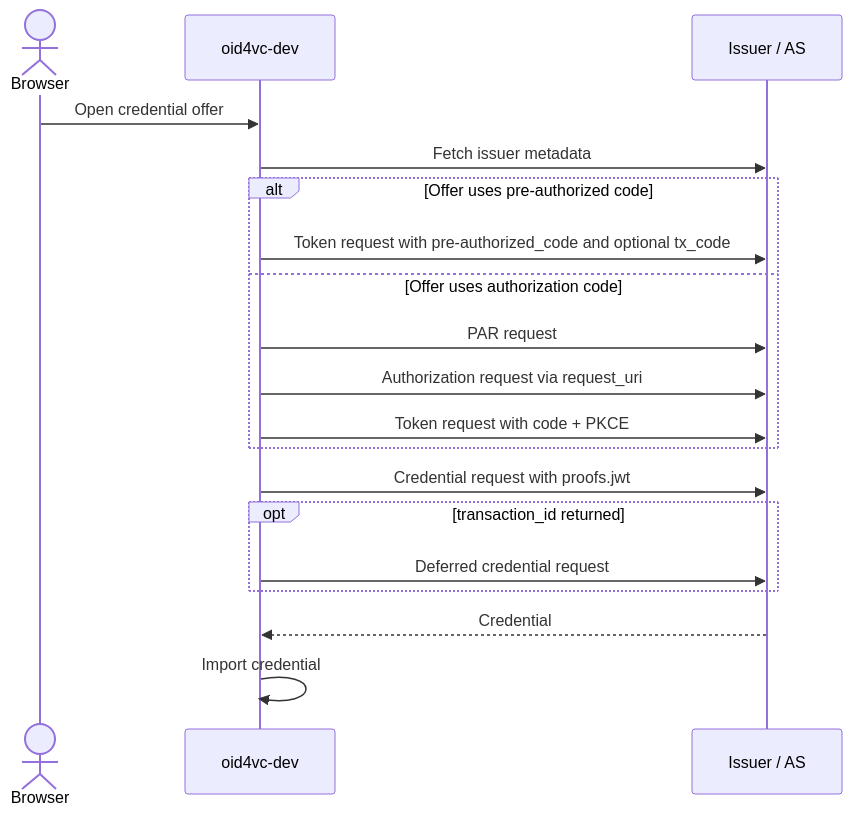
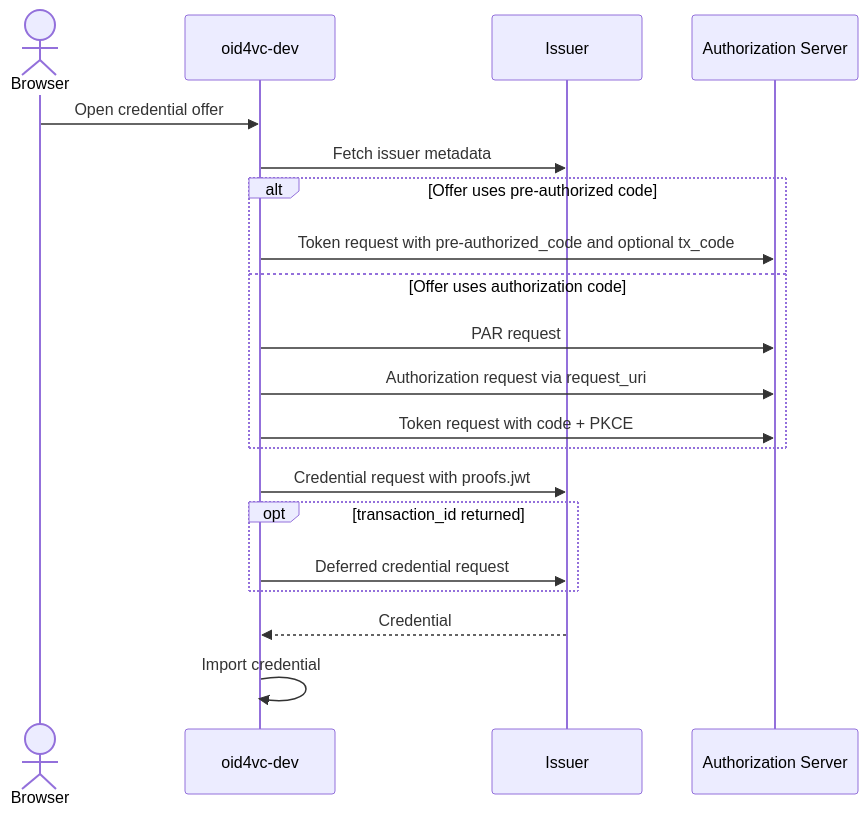
The first of 3 diagrams in docs/diagrams/oid4vci.md (dominikschlosser/ssi-debugger), drawn with Mermaid before and after one commit. The commit also changed other lines of this file and 1 other file, not shown here.

Commit message:
docs: model AS and Issuer as separate entities

````diff
--- a/docs/diagrams/oid4vci.md
+++ b/docs/diagrams/oid4vci.md
@@ -7,22 +7,23 @@
 ```mermaid
 sequenceDiagram
     actor Browser
     participant Wallet as oid4vc-dev
-    participant Issuer as Issuer / AS
+    participant Issuer
+    participant AS as Authorization Server
 
     Browser->>Wallet: Open credential offer
     Wallet->>Issuer: Fetch issuer metadata
     alt Offer uses pre-authorized code
-        Wallet->>Issuer: Token request with pre-authorized_code and optional tx_code
+        Wallet->>AS: Token request with pre-authorized_code and optional tx_code
     else Offer uses authorization code
-        Wallet->>Issuer: PAR request
-        Wallet->>Issuer: Authorization request via request_uri
-        Wallet->>Issuer: Token request with code + PKCE
+        Wallet->>AS: PAR request
+        Wallet->>AS: Authorization request via request_uri
+        Wallet->>AS: Token request with code + PKCE
     end
     Wallet->>Issuer: Credential request with proofs.jwt
     opt transaction_id returned
         Wallet->>Issuer: Deferred credential request
     end
     Issuer-->>Wallet: Credential
     Wallet->>Wallet: Import credential
 ```
````
